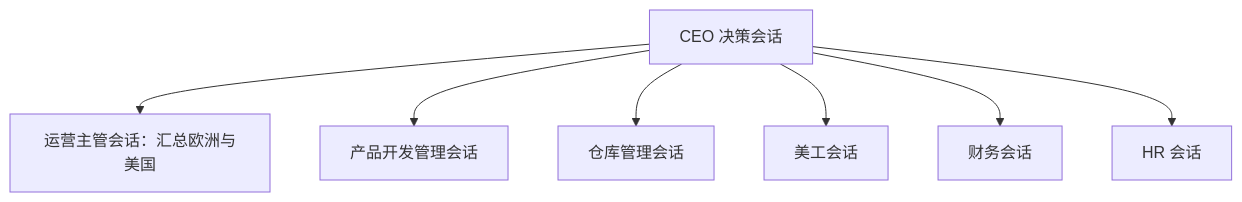
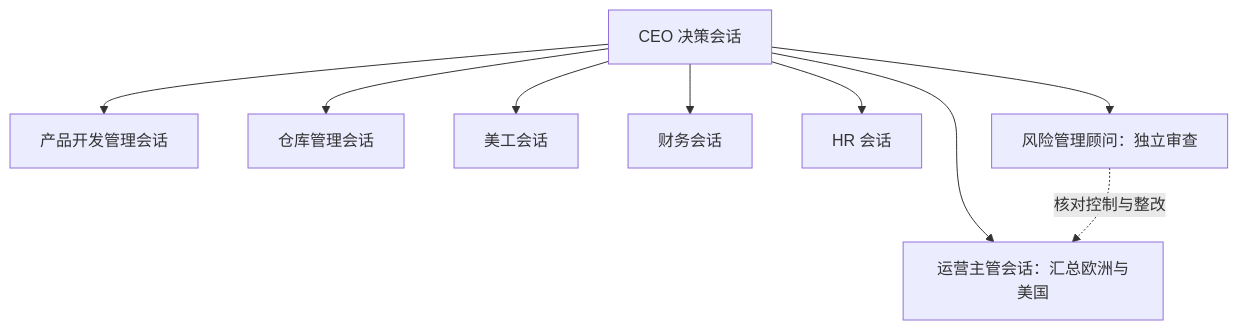
Before and after one commit to haoyang877/WZD-Amazon-Management: the diagram in 01-公司经营基础/02-组织结构与角色会话.md, drawn with Mermaid. The commit also changed other lines of this file and 14 other files, not shown here.

````diff
--- a/01-公司经营基础/02-组织结构与角色会话.md
+++ b/01-公司经营基础/02-组织结构与角色会话.md
@@ -38,10 +38,12 @@
 ```mermaid
 flowchart TB
     CEO[CEO 决策会话]
     CEO --> OPS[运营主管会话：汇总欧洲与美国]
     CEO --> PROD[产品开发管理会话]
     CEO --> WH[仓库管理会话]
     CEO --> DESIGN[美工会话]
     CEO --> FIN[财务会话]
     CEO --> HR[HR 会话]
+    CEO --> RISK[风险管理顾问：独立审查]
+    RISK -.核对控制与整改.-> OPS
 ```
````
